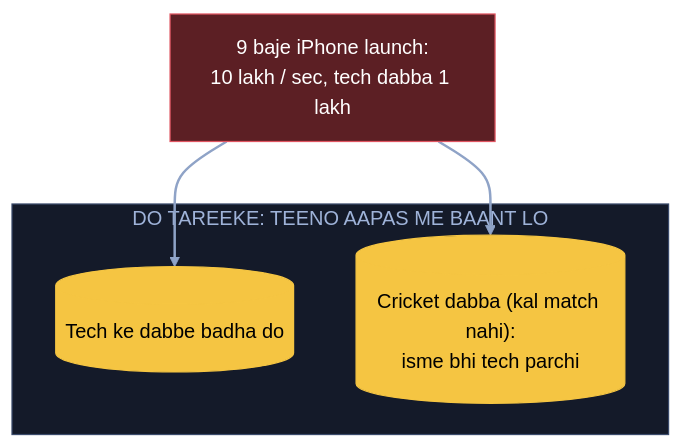
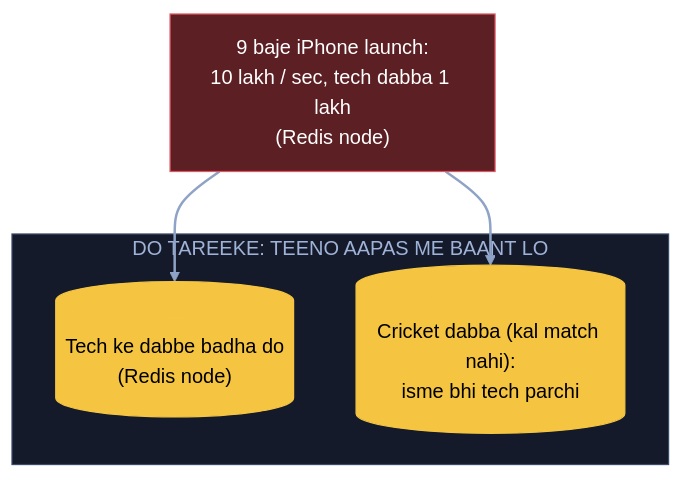
Before and after one commit to ArpanMaheshwari144/Prep: the ninth of 14 diagrams in 04_HLD/SYSTEM_DESIGNS/08_news_aggregator/08_news_aggregator.md, drawn with Mermaid. The commit also changed other lines of this file and 22 other files, not shown here.

Commit message:
Diagram: sirf kahani ke dohraaye shabd pe bracket, us jagah notes wala matlab (207 label)

````diff
--- a/04_HLD/SYSTEM_DESIGNS/08_news_aggregator/08_news_aggregator.md
+++ b/04_HLD/SYSTEM_DESIGNS/08_news_aggregator/08_news_aggregator.md
@@ -336,16 +336,16 @@
 ```mermaid
 flowchart TB
-    F["9 baje iPhone launch:<br/>10 lakh / sec, tech dabba 1 lakh"]:::bad
+    F["9 baje iPhone launch:<br/>10 lakh / sec, tech dabba 1 lakh<br/>(Redis node)"]:::bad
     subgraph DT["DO TAREEKE: TEENO AAPAS ME BAANT LO"]
-        A[("Tech ke dabbe badha do")]:::pill
+        A[("Tech ke dabbe badha do<br/>(Redis node)")]:::pill
         B[("Cricket dabba (kal match nahi):<br/>isme bhi tech parchi")]:::pill
     end
     F --> A
     F --> B
     linkStyle default stroke:#8fa3c7,stroke-width:2px
     classDef card fill:#1e2638,stroke:#3a4a6b,color:#e8ecf5
     classDef pill fill:#f5c542,stroke:#f5c542,color:#000
     classDef good fill:#2e7d4f,stroke:#3fbf6f,color:#fff
     classDef bad fill:#5c1f24,stroke:#e05561,color:#fff
     style DT fill:#141a29,stroke:#3a4a6b,color:#9fb3d9
 ```
````
